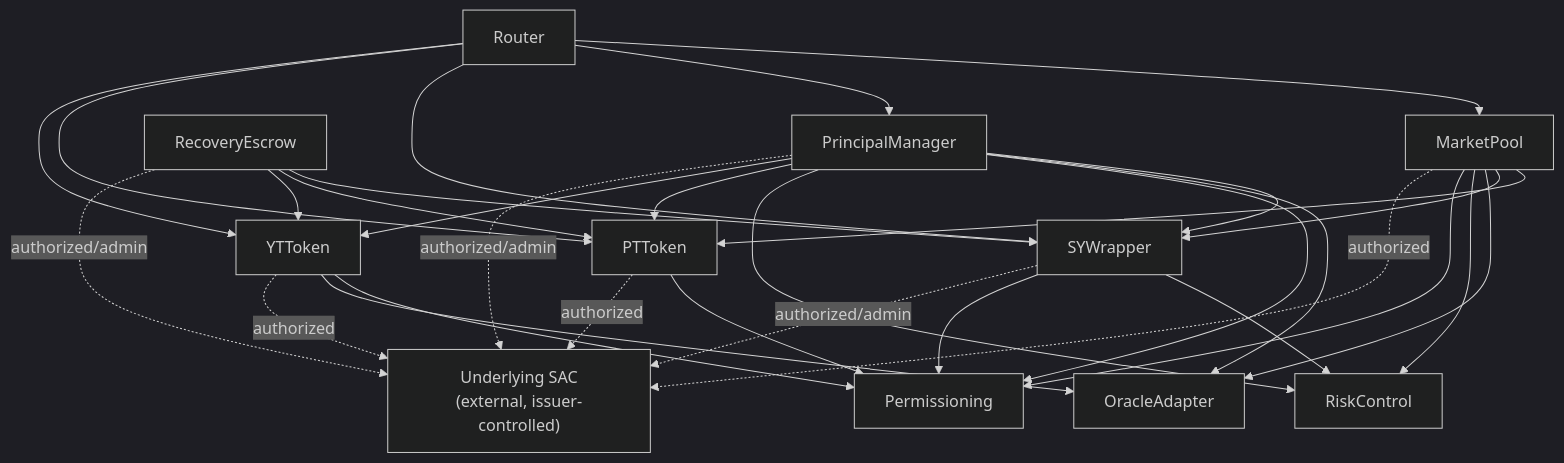
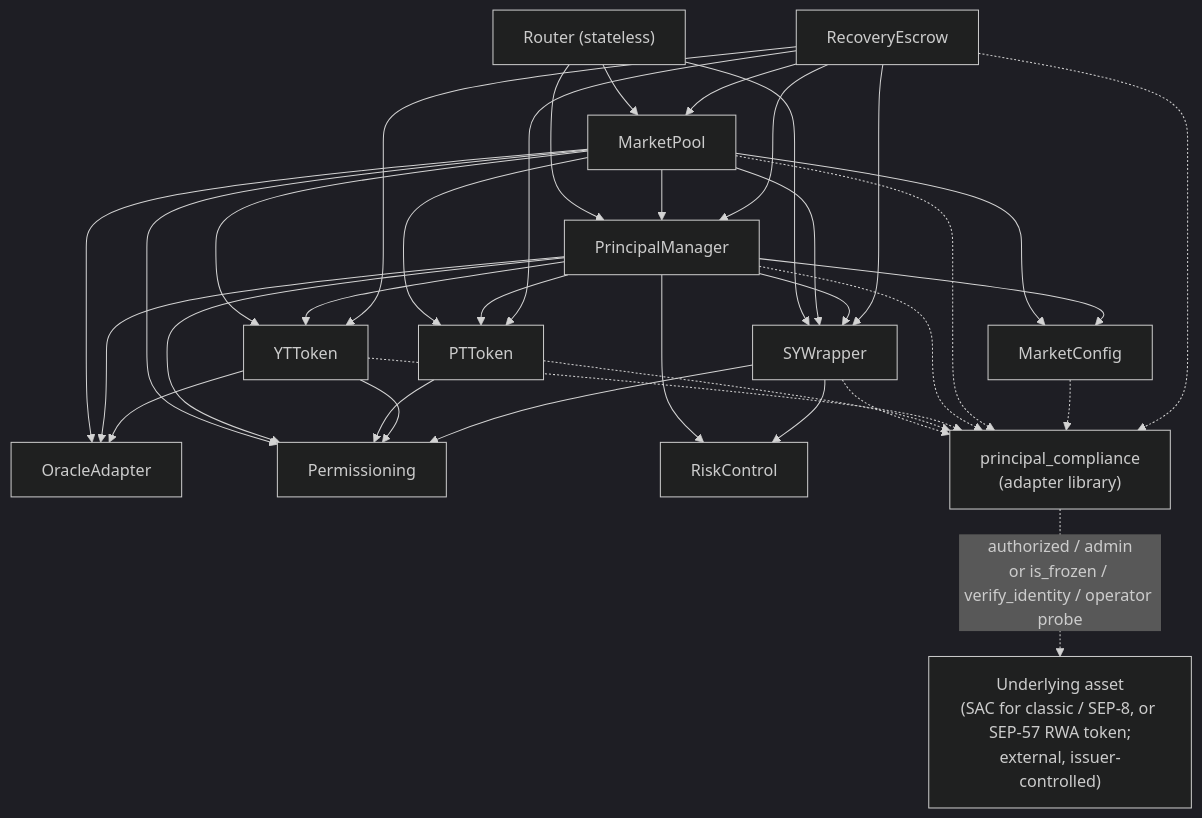
The first of 9 diagrams in docs/ARCHITECTURE.md (principal-Protocol-org/principal), drawn with Mermaid (dark theme) before and after one commit. The commit also changed other lines of this file and 231 other files, not shown here.

````diff
--- a/docs/ARCHITECTURE.md
+++ b/docs/ARCHITECTURE.md
@@ -66,49 +75,57 @@
 ```mermaid
 flowchart TD
-    Router["Router"]
+    Router["Router (stateless)"]
     MarketPool["MarketPool"]
     PrincipalManager["PrincipalManager"]
+    MarketConfig["MarketConfig"]
     SYWrapper["SYWrapper"]
     PTToken["PTToken"]
     YTToken["YTToken"]
     RecoveryEscrow["RecoveryEscrow"]
     OracleAdapter["OracleAdapter"]
     Permissioning["Permissioning"]
     RiskControl["RiskControl"]
-    Underlying["Underlying SAC\n(external, issuer-controlled)"]
+    Compliance["principal_compliance\n(adapter library)"]
+    Underlying["Underlying asset\n(SAC for classic / SEP-8, or SEP-57 RWA token;\nexternal, issuer-controlled)"]
 
     Router --> MarketPool
     Router --> PrincipalManager
     Router --> SYWrapper
-    Router --> PTToken
-    Router --> YTToken
 
+    MarketPool --> PrincipalManager
     MarketPool --> PTToken
+    MarketPool --> YTToken
     MarketPool --> SYWrapper
     MarketPool --> OracleAdapter
-    MarketPool --> RiskControl
+    MarketPool --> MarketConfig
     MarketPool --> Permissioning
-    MarketPool -. authorized .-> Underlying
 
     PrincipalManager --> SYWrapper
     PrincipalManager --> OracleAdapter
     PrincipalManager --> Permissioning
     PrincipalManager --> RiskControl
+    PrincipalManager --> MarketConfig
     PrincipalManager --> PTToken
     PrincipalManager --> YTToken
-    PrincipalManager -. authorized/admin .-> Underlying
 
     PTToken --> Permissioning
     YTToken --> Permissioning
     YTToken --> OracleAdapter
-    PTToken -. authorized .-> Underlying
-    YTToken -. authorized .-> Underlying
     SYWrapper --> RiskControl
     SYWrapper --> Permissioning
-    SYWrapper -. authorized/admin .-> Underlying
 
     RecoveryEscrow --> SYWrapper
     RecoveryEscrow --> PTToken
     RecoveryEscrow --> YTToken
-    RecoveryEscrow -. authorized/admin .-> Underlying
+    RecoveryEscrow --> MarketPool
+    RecoveryEscrow --> PrincipalManager
+
+    SYWrapper -.-> Compliance
+    PTToken -.-> Compliance
+    YTToken -.-> Compliance
+    PrincipalManager -.-> Compliance
+    MarketPool -.-> Compliance
+    MarketConfig -.-> Compliance
+    RecoveryEscrow -.-> Compliance
+    Compliance -. "authorized / admin\nor is_frozen / verify_identity / operator probe" .-> Underlying
 ```
````
